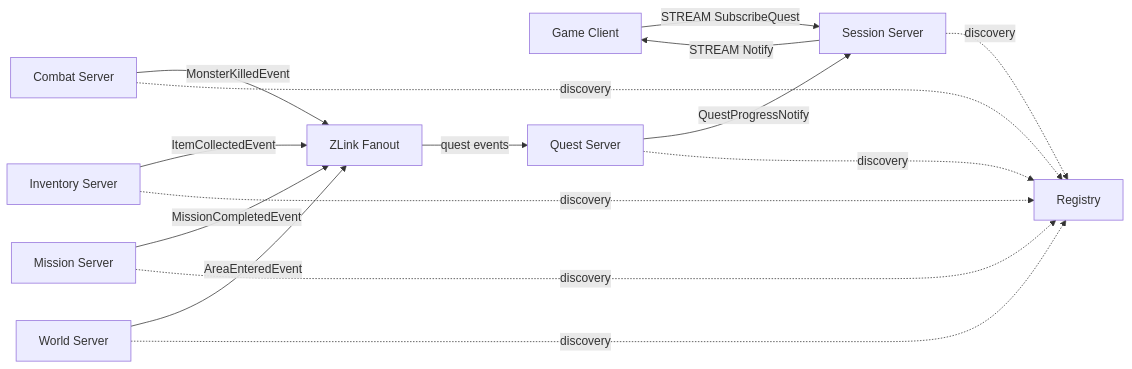
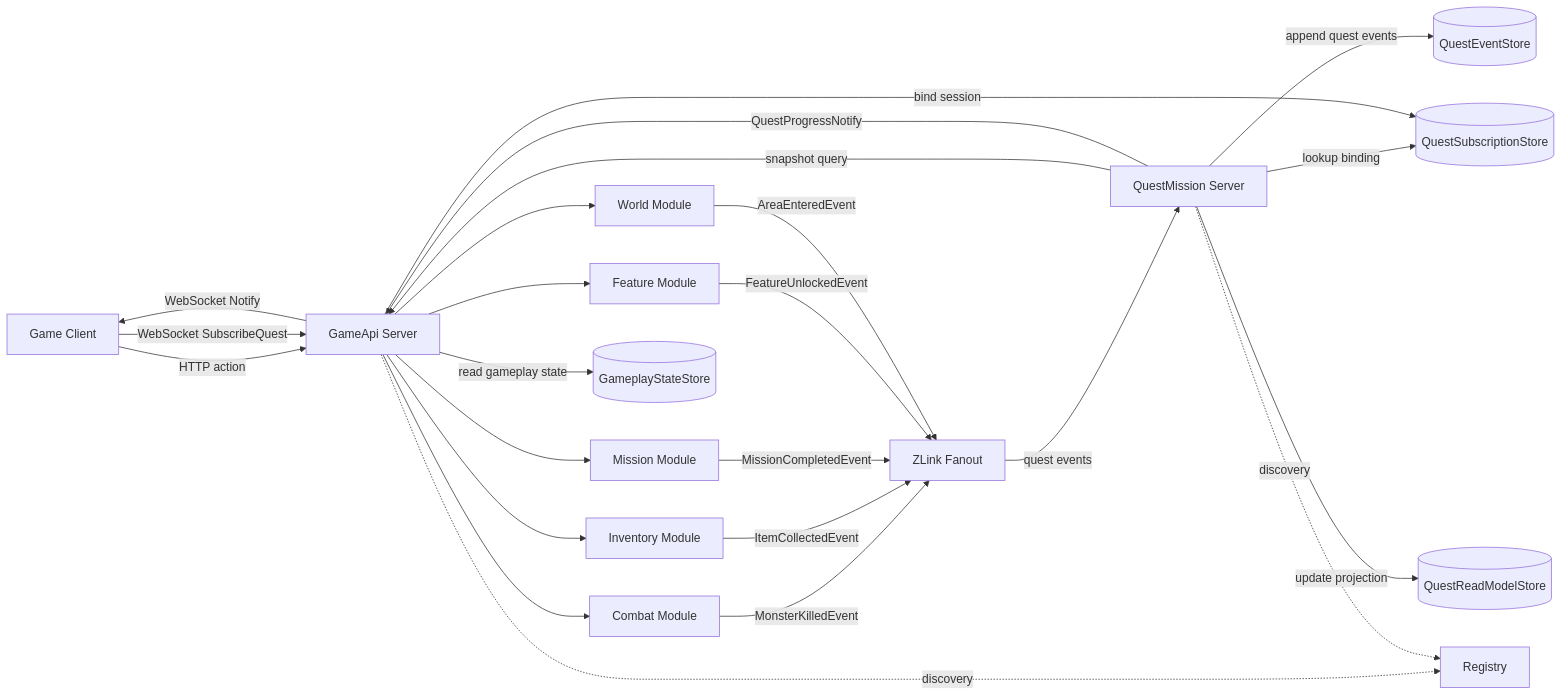
Before and after one commit to kairos-code-dev/zlink: the first of 4 diagrams in framework/doc/spec/sample/event/gamequest.ko.md, drawn with Mermaid. The commit also changed other lines of this file and 267 other files, not shown here.

````diff
--- a/framework/doc/spec/sample/event/gamequest.ko.md
+++ b/framework/doc/spec/sample/event/gamequest.ko.md
@@ -27,27 +35,41 @@
 ```mermaid
 graph LR
     C[Game Client]
-    S[Session Server]
-    COM[Combat Server]
-    INV[Inventory Server]
-    MIS[Mission Server]
-    W[World Server]
+    API[GameApi Server]
+    COM[Combat Module]
+    INV[Inventory Module]
+    MIS[Mission Module]
+    FEAT[Feature Module]
+    W[World Module]
     BUS[ZLink Fanout]
-    Q[Quest Server]
+    Q[QuestMission Server]
+    ES[(QuestEventStore)]
+    RS[(QuestReadModelStore)]
+    GS[(GameplayStateStore)]
+    SS[(QuestSubscriptionStore)]
     R[Registry]
 
-    C -->|STREAM SubscribeQuest| S
+    C -->|HTTP action| API
+    C -->|WebSocket SubscribeQuest| API
+    API --> COM
+    API --> INV
+    API --> MIS
+    API --> FEAT
+    API --> W
     COM -->|MonsterKilledEvent| BUS
     INV -->|ItemCollectedEvent| BUS
     MIS -->|MissionCompletedEvent| BUS
+    FEAT -->|FeatureUnlockedEvent| BUS
     W -->|AreaEnteredEvent| BUS
     BUS -->|quest events| Q
-    Q -->|QuestProgressNotify| S
-    S -->|STREAM Notify| C
-    S -. discovery .-> R
-    COM -. discovery .-> R
-    INV -. discovery .-> R
-    MIS -. discovery .-> R
-    W -. discovery .-> R
+    Q -->|append quest events| ES
+    Q -->|update projection| RS
+    Q -->|snapshot query| API
+    Q -->|lookup binding| SS
+    API -->|read gameplay state| GS
+    API -->|bind session| SS
+    Q -->|QuestProgressNotify| API
+    API -->|WebSocket Notify| C
+    API -. discovery .-> R
     Q -. discovery .-> R
 ```
````
